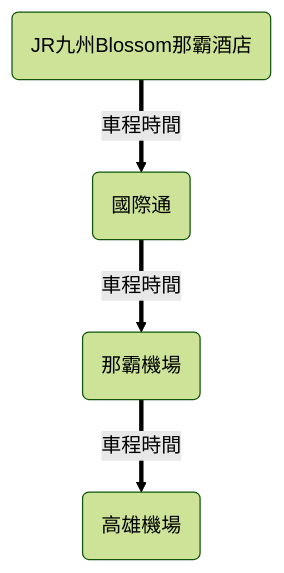
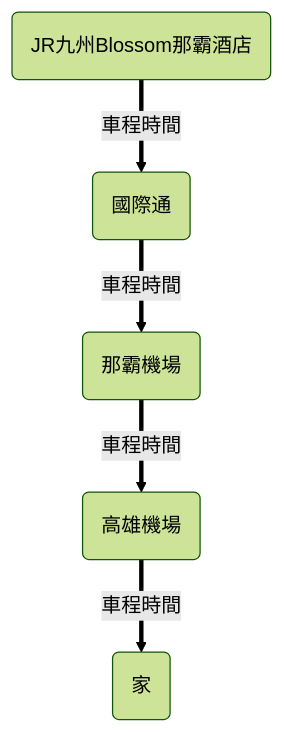
The sixth of 6 diagrams in docs/blog/posts/okinawa/okinawa-2024-12/okinawa-2024-12.md (wilder640/trip), drawn with Mermaid (forest theme) before and after one commit. The commit also changed other lines of this file and 3 other files, not shown here.

````diff
--- a/docs/blog/posts/okinawa/okinawa-2024-12/okinawa-2024-12.md
+++ b/docs/blog/posts/okinawa/okinawa-2024-12/okinawa-2024-12.md
@@ -209,4 +217,10 @@
 ``` mermaid
 graph TD
-  A(JR九州Blossom那霸酒店) == 車程時間 ==> B(國際通) == 車程時間 ==> C(那霸機場) == 車程時間 ==> D(高雄機場)
+A == 車程時間 ==> B == 車程時間 ==> C == 車程時間 ==> D == 車程時間 ==> E
+
+A(JR九州Blossom那霸酒店)
+B(國際通)
+C(那霸機場)
+D(高雄機場)
+E(家)
 ```
````
